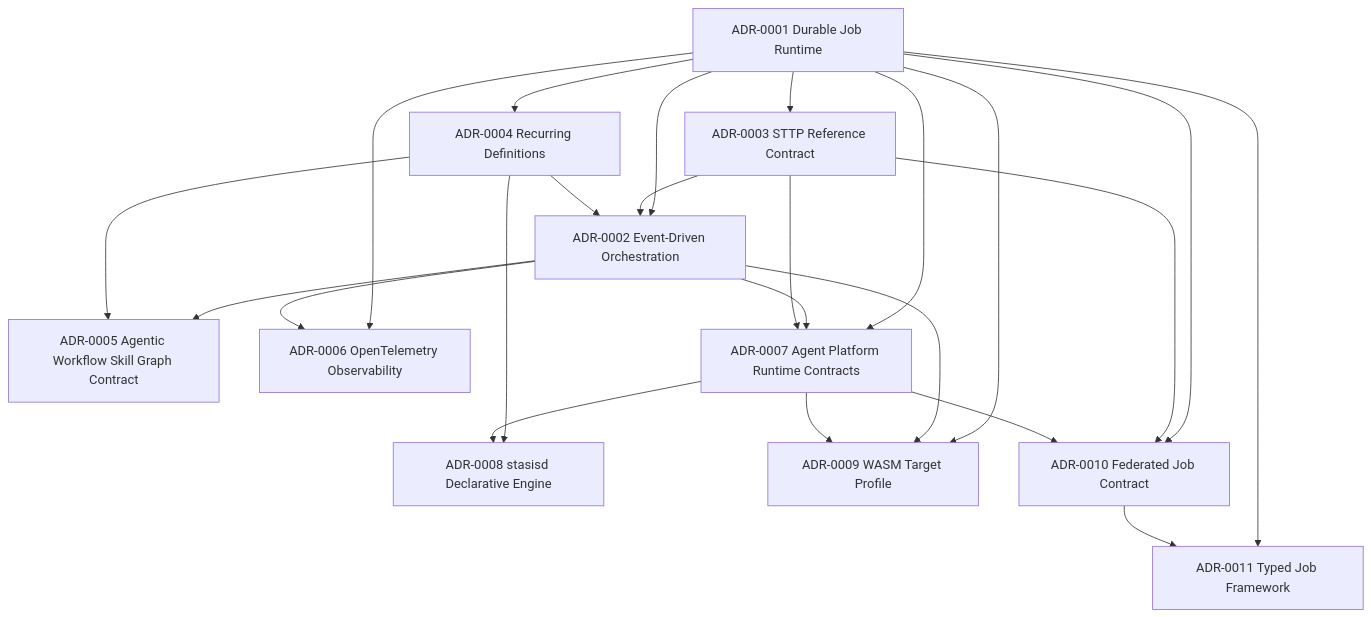
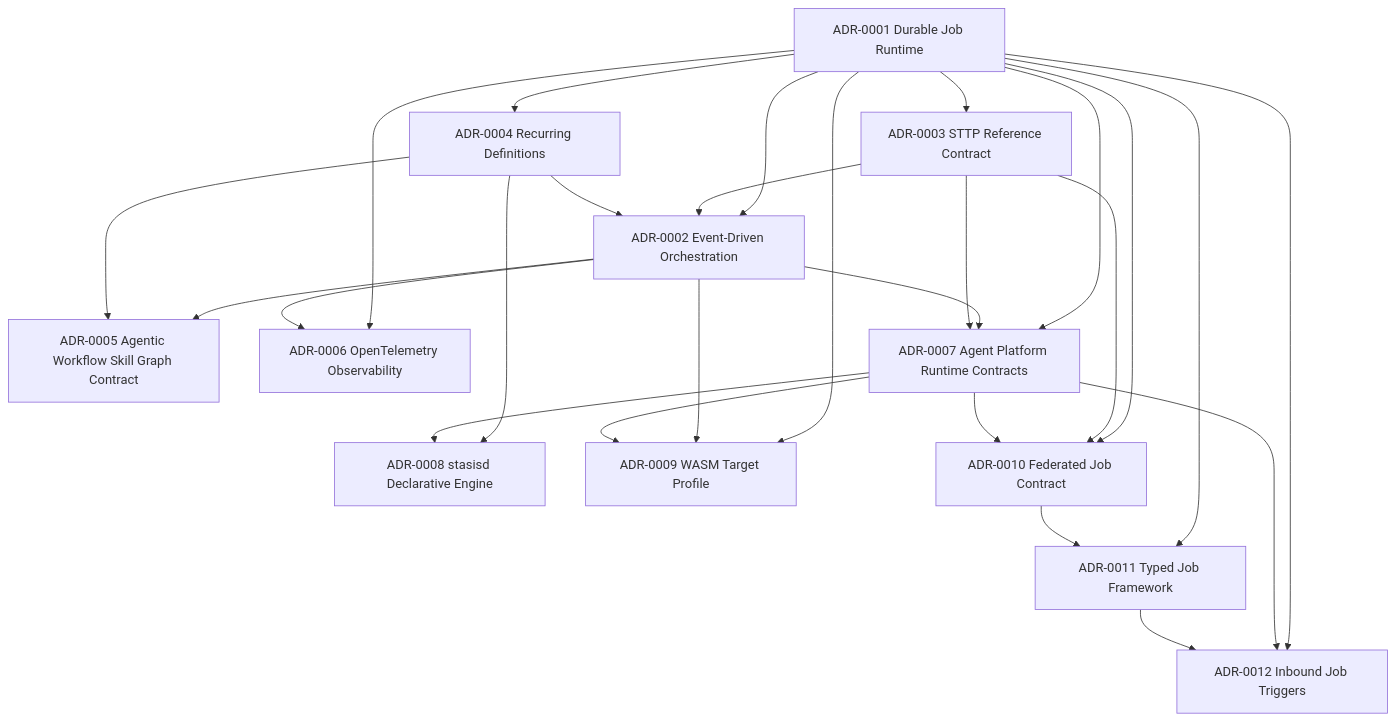
Before and after one commit to EntasisLabs/stasis: the diagram in docs-book/src/adr.md, drawn with Mermaid. The commit also changed other lines of this file and 21 other files, not shown here.

````diff
--- a/docs-book/src/adr.md
+++ b/docs-book/src/adr.md
@@ -45,25 +48,28 @@
 ```mermaid
 flowchart TD
   A1[ADR-0001 Durable Job Runtime] --> A2[ADR-0002 Event-Driven Orchestration]
   A1 --> A3[ADR-0003 STTP Reference Contract]
   A1 --> A4[ADR-0004 Recurring Definitions]
   A2 --> A5[ADR-0005 Agentic Workflow Skill Graph Contract]
   A4 --> A5
   A3 --> A2
   A4 --> A2
   A1 --> A6[ADR-0006 OpenTelemetry Observability]
   A2 --> A6
   A1 --> A7[ADR-0007 Agent Platform Runtime Contracts]
   A2 --> A7
   A3 --> A7
   A4 --> A8[ADR-0008 stasisd Declarative Engine]
   A7 --> A8
   A1 --> A9[ADR-0009 WASM Target Profile]
   A2 --> A9
   A7 --> A9
   A1 --> A10[ADR-0010 Federated Job Contract]
   A3 --> A10
   A7 --> A10
   A1 --> A11[ADR-0011 Typed Job Framework]
   A10 --> A11
+  A1 --> A12[ADR-0012 Inbound Job Triggers]
+  A7 --> A12
+  A11 --> A12
 ```
````
